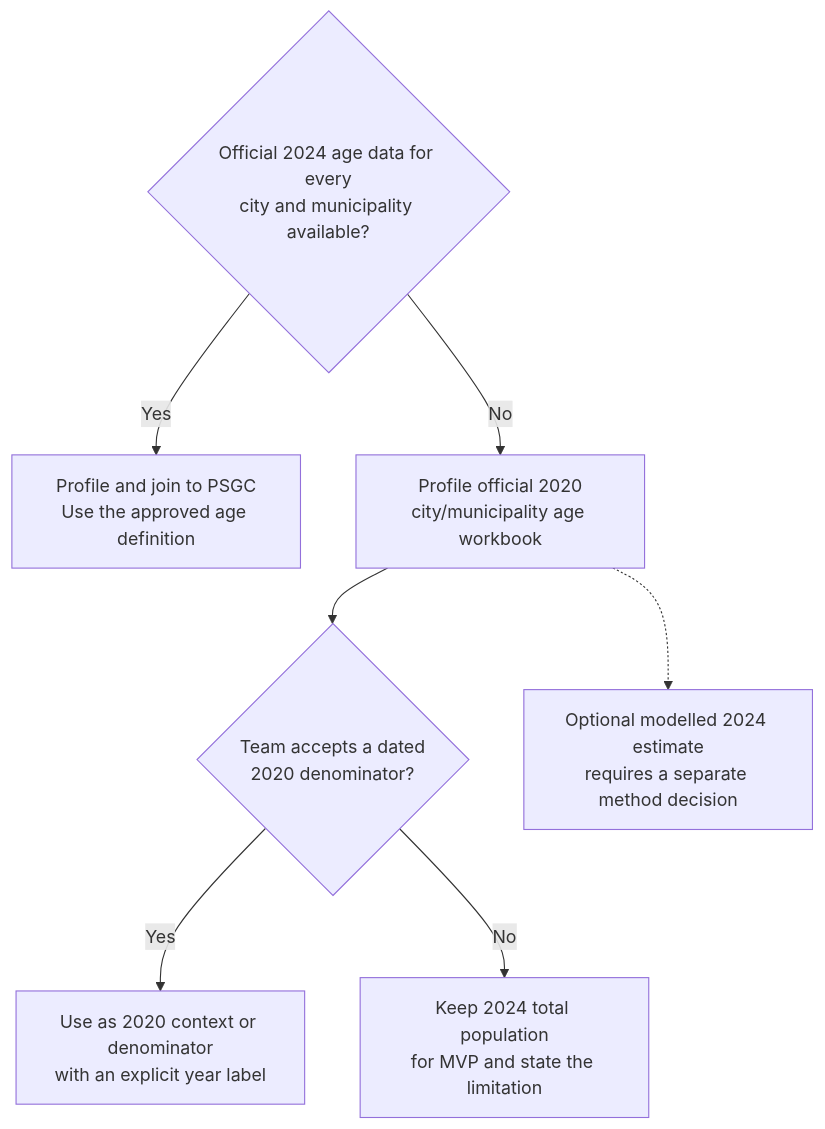
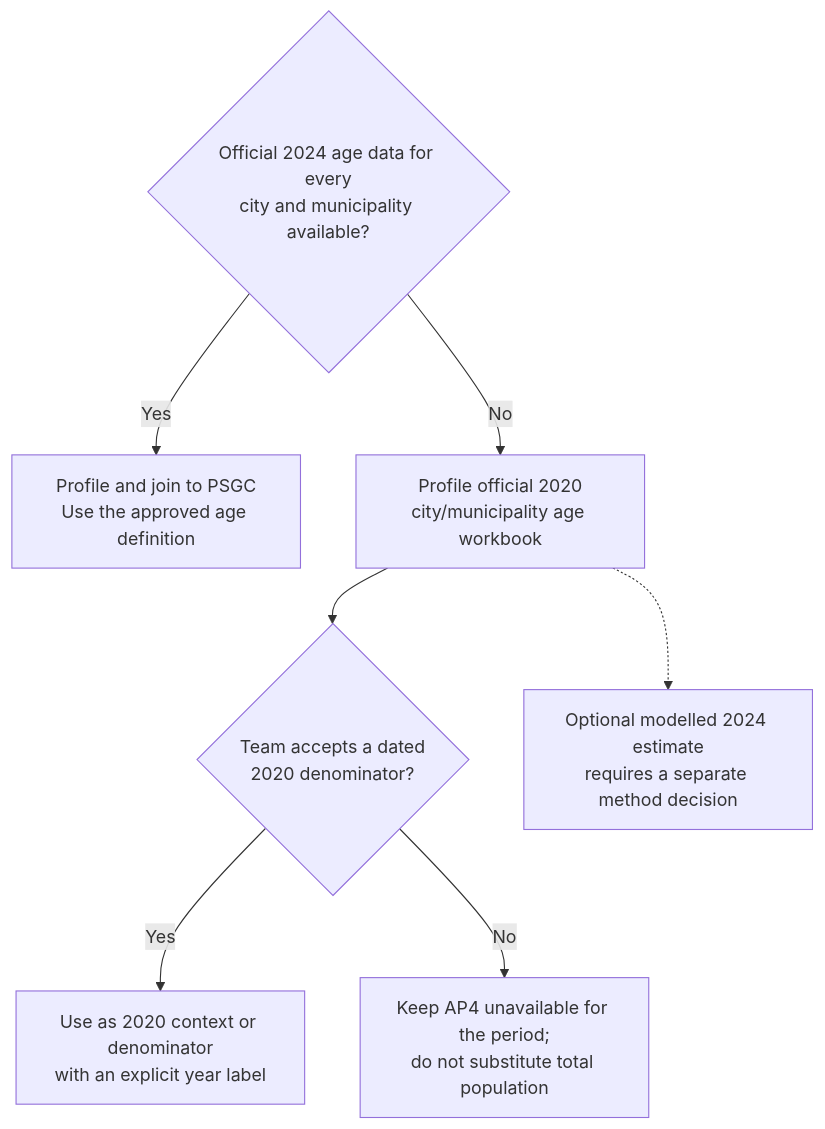
The second of 3 diagrams in docs/business/dataset-use-map.md (reached-hq/edu-access-intelligence), drawn with Mermaid before and after one commit. The commit also changed other lines of this file and 4 other files, not shown here.

````diff
--- a/docs/business/dataset-use-map.md
+++ b/docs/business/dataset-use-map.md
@@ -101,10 +104,10 @@
 ```mermaid
 flowchart TD
     A{"Official 2024 age data for every<br/>city and municipality available?"}
     A -->|Yes| B["Profile and join to PSGC<br/>Use the approved age definition"]
     A -->|No| C["Profile official 2020<br/>city/municipality age workbook"]
     C --> D{"Team accepts a dated<br/>2020 denominator?"}
     D -->|Yes| E["Use as 2020 context or denominator<br/>with an explicit year label"]
-    D -->|No| F["Keep 2024 total population<br/>for MVP and state the limitation"]
+    D -->|No| F["Keep AP4 unavailable for the period;<br/>do not substitute total population"]
     C -.-> G["Optional modelled 2024 estimate<br/>requires a separate method decision"]
 ```
````
